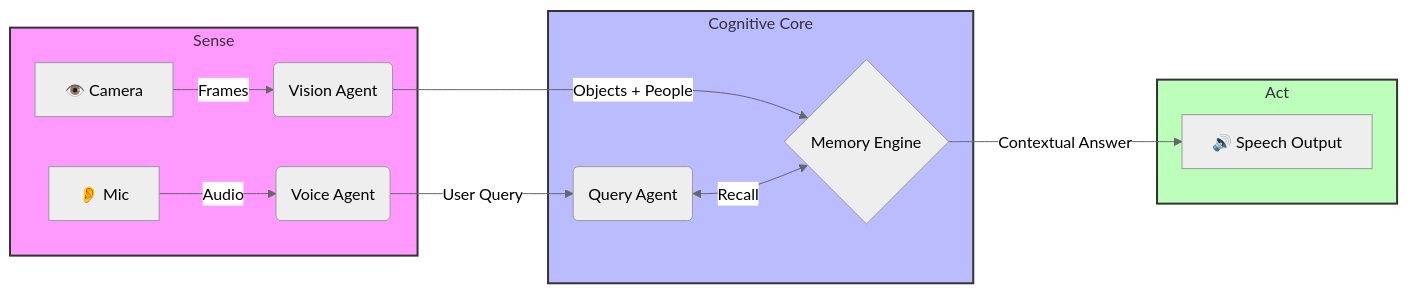
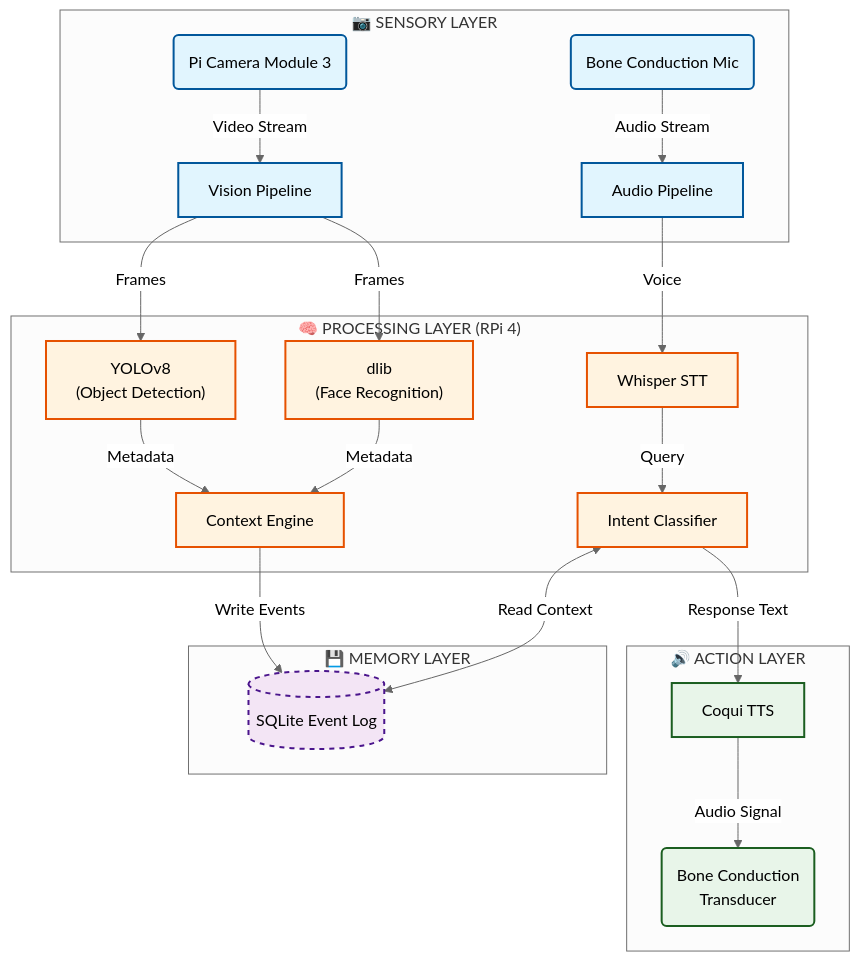
The diagram in README.md (devlopingandroid/Sahayak-AI), drawn with Mermaid (neutral theme) before and after one commit. The commit also changed other lines of this file, not shown here.

Commit message:
Revise Mermaid diagram in README for clarity
Updated the Mermaid diagram to enhance clarity and structure, including new sensory and processing layers.

````diff
--- a/README.md
+++ b/README.md
@@ -66,22 +66,40 @@
 ```mermaid
-graph LR
-    subgraph Senses [Sense]
-      A[👁️ Camera] -->|Frames| C(Vision Agent)
-      B[👂 Mic] -->|Audio| D(Voice Agent)
+graph TD
+    %% Styling Definitions
+    classDef sensory fill:#e1f5fe,stroke:#01579b,stroke-width:2px;
+    classDef process fill:#fff3e0,stroke:#e65100,stroke-width:2px;
+    classDef memory fill:#f3e5f5,stroke:#4a148c,stroke-width:2px,stroke-dasharray: 5 5;
+    classDef action fill:#e8f5e9,stroke:#1b5e20,stroke-width:2px;
+
+    subgraph SENSORY["📷 SENSORY LAYER"]
+        Cam("Pi Camera Module 3") -->|Video Stream| Vision[Vision Pipeline]
+        Mic("Bone Conduction Mic") -->|Audio Stream| Audio[Audio Pipeline]
     end
 
-    subgraph Brain [Cognitive Core]
-      C -->|Objects + People| E{Memory Engine}
-      D -->|User Query| F(Query Agent)
-      F <-->|Recall| E
+    subgraph PROCESSING["🧠 PROCESSING LAYER (RPi 4)"]
+        Vision -->|Frames| YOLO["YOLOv8<br>(Object Detection)"]
+        Vision -->|Frames| Face["dlib<br>(Face Recognition)"]
+        Audio -->|Voice| Whisper["Whisper STT"]
+        
+        YOLO -->|Metadata| Context[Context Engine]
+        Face -->|Metadata| Context
+        Whisper -->|Query| Intent[Intent Classifier]
     end
 
-    subgraph Action [Act]
-      E -->|Contextual Answer| G[🔊 Speech Output]
+    subgraph MEMORY["💾 MEMORY LAYER"]
+        Context -->|Write Events| SQL[("SQLite Event Log")]
+        Intent <-->|Read Context| SQL
     end
-    
-    style Senses fill:#f9f,stroke:#333,stroke-width:2px
-    style Brain fill:#bbf,stroke:#333,stroke-width:2px
-    style Action fill:#bfb,stroke:#333,stroke-width:2px
+
+    subgraph ACTION["🔊 ACTION LAYER"]
+        Intent -->|Response Text| TTS["Coqui TTS"]
+        TTS -->|Audio Signal| Speaker("Bone Conduction<br>Transducer")
+    end
+
+    %% Apply Styles
+    class Cam,Mic,Vision,Audio sensory;
+    class YOLO,Face,Whisper,Context,Intent process;
+    class SQL memory;
+    class TTS,Speaker action;
 
 ```
````
